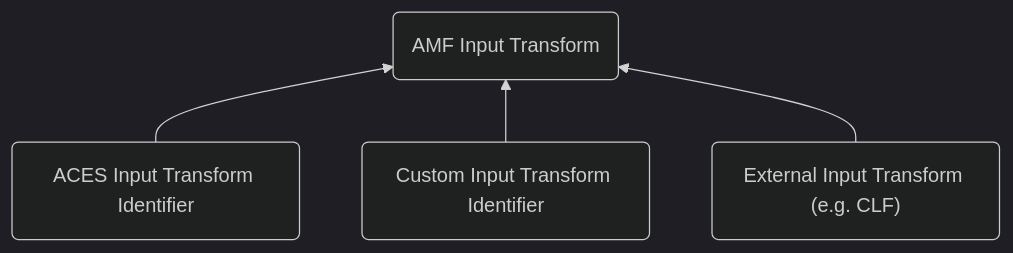
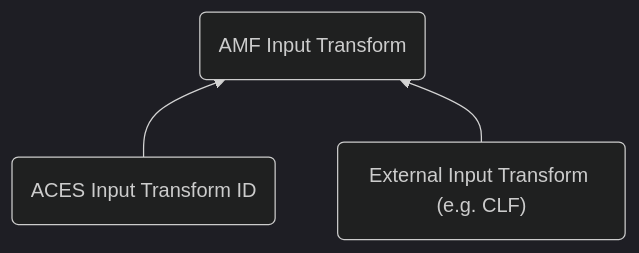
The third of 3 diagrams in docs/amf/guides/implementation/index.md (ampas/aces-docs), drawn with Mermaid (dark theme) before and after one commit. The commit also changed other lines of this file and 1 other file, not shown here.

Commit message:
Added ACES URN registry to AMF implemtation guide, minor editorial updates

````diff
--- a/docs/amf/guides/implementation/index.md
+++ b/docs/amf/guides/implementation/index.md
@@ -570,6 +540,5 @@
 ```mermaid
 graph BT
-B1(ACES Input Transform Identifier)   --> A1(AMF Input Transform)
-B2(Custom Input Transform Identifier) --> A1
-B3("External Input Transform (e.g. CLF)")  --> A1
+B1(ACES Input Transform ID)   --> A1(AMF Input Transform)
+B2("External Input Transform (e.g. CLF)") --> A1
 ```
````
